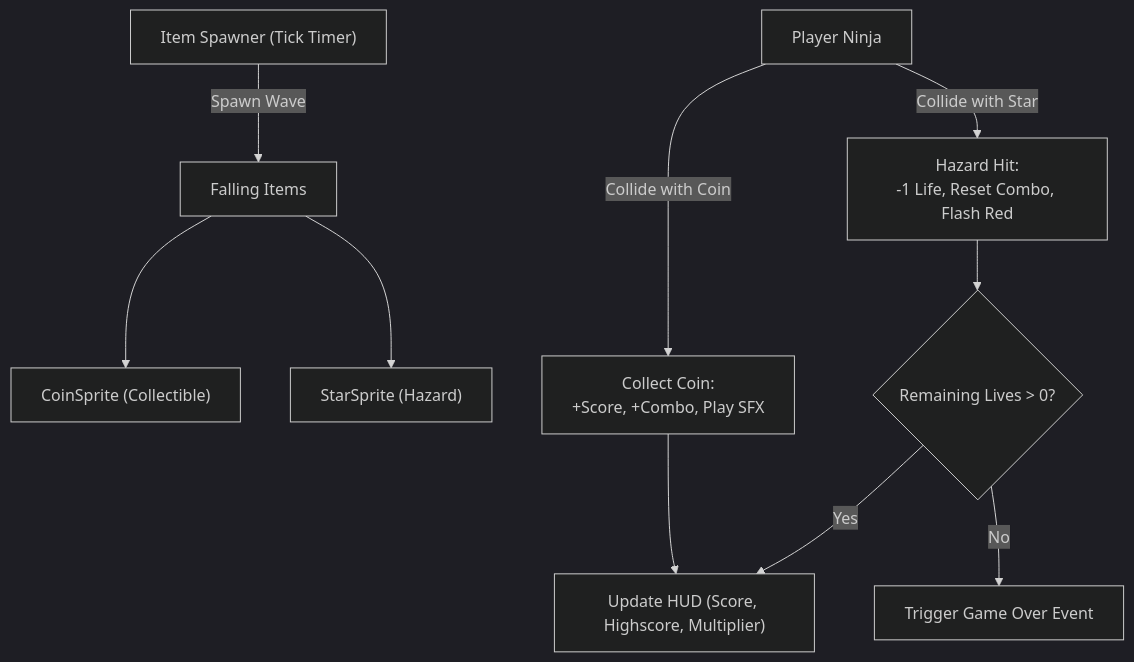
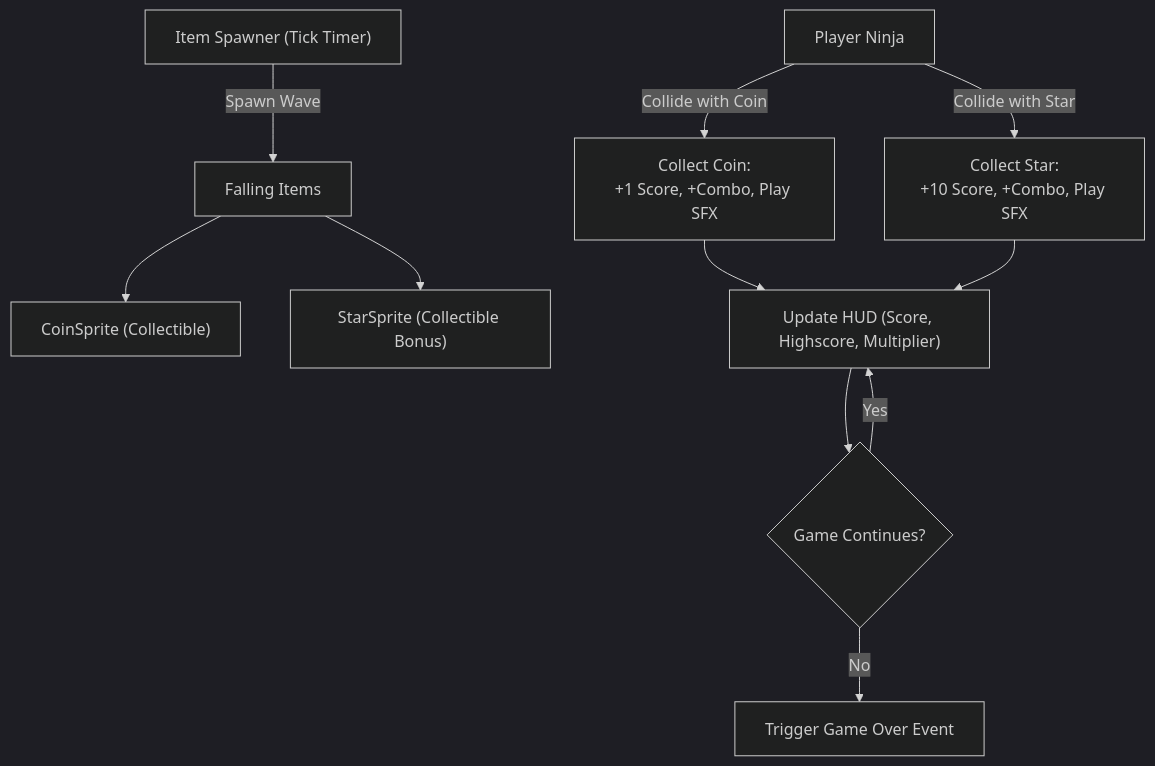
One commit to Rishabh-Chhangani/GUVI-Pygame-Game-Dev changed the diagram in docs/phase-2-gameplay-and-collectibles.md. Above: the diagram before and after it, drawn with Mermaid (dark theme). The commit also changed other lines of this file and 18 other files, not shown here.

````diff
--- a/docs/phase-2-gameplay-and-collectibles.md
+++ b/docs/phase-2-gameplay-and-collectibles.md
@@ -11,15 +11,16 @@
 ```mermaid
 flowchart TD
     Spawner["Item Spawner (Tick Timer)"] -->|Spawn Wave| DropQueue["Falling Items"]
     DropQueue --> Coin["CoinSprite (Collectible)"]
-    DropQueue --> Star["StarSprite (Hazard)"]
+    DropQueue --> Star["StarSprite (Collectible Bonus)"]
     
-    Player["Player Ninja"] -->|Collide with Coin| Collect["Collect Coin:<br/>+Score, +Combo, Play SFX"]
-    Player -->|Collide with Star| Hazard["Hazard Hit:<br/>-1 Life, Reset Combo, Flash Red"]
+    Player["Player Ninja"] -->|Collide with Coin| Collect["Collect Coin:<br/>+1 Score, +Combo, Play SFX"]
+    Player -->|Collide with Star| Reward["Collect Star:<br/>+10 Score, +Combo, Play SFX"]
     
     Collect --> HUD["Update HUD (Score, Highscore, Multiplier)"]
-    Hazard --> CheckLives{"Remaining Lives > 0?"}
+    Reward --> HUD
+    HUD --> CheckLives{"Game Continues?"}
     
     CheckLives -->|Yes| HUD
     CheckLives -->|No| GameOver["Trigger Game Over Event"]
 ```
````
